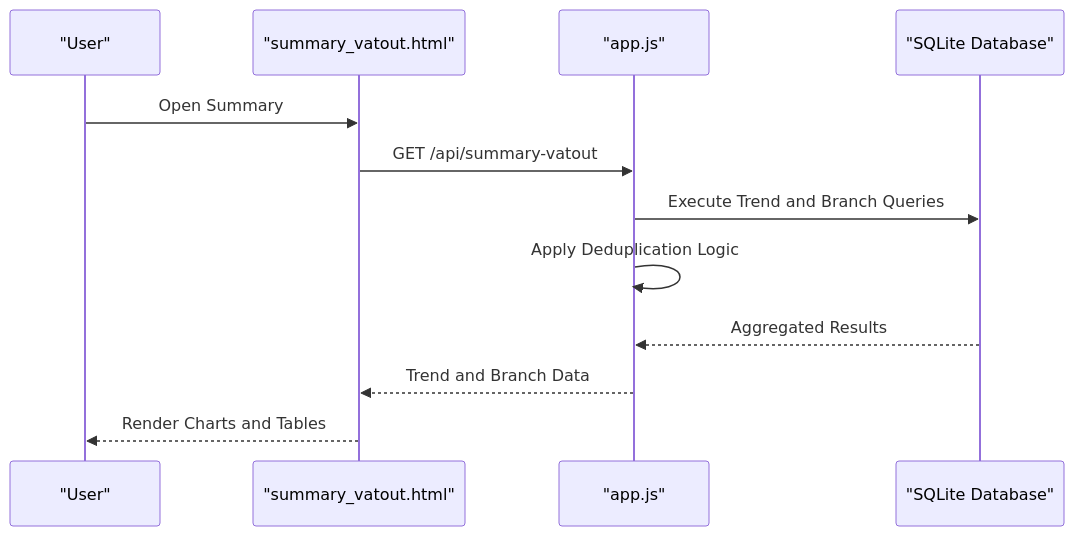
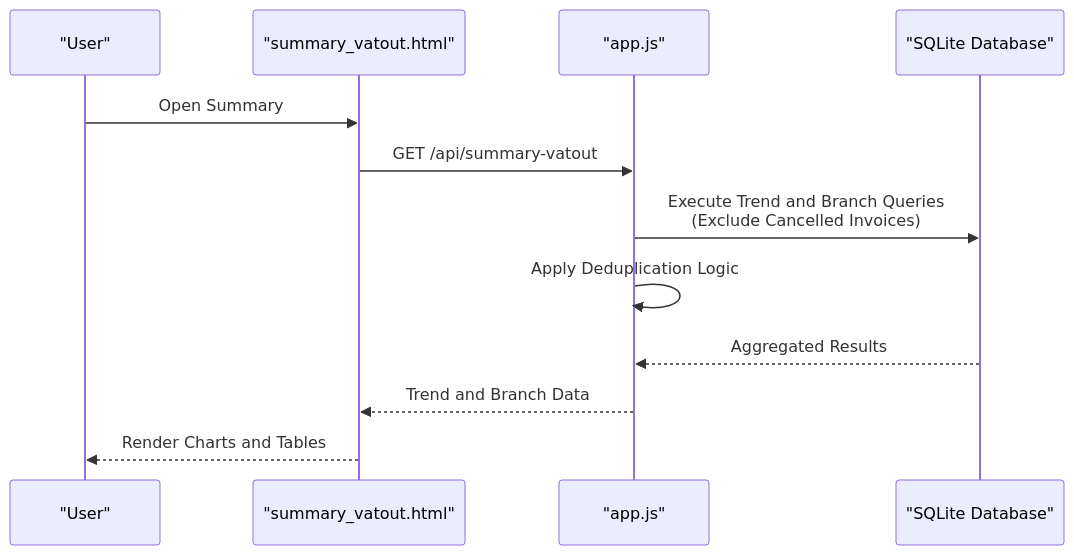
Before and after one commit to rendisiagian/TDS_by_RENDISIAGIAN: the ninth of 11 diagrams in .qoder/repowiki/en/content/VAT Management System/VAT Output (VAT OUT).md, drawn with Mermaid. The commit also changed other lines of this file and 38 other files, not shown here.

````diff
--- a/.qoder/repowiki/en/content/VAT Management System/VAT Output (VAT OUT).md
+++ b/.qoder/repowiki/en/content/VAT Management System/VAT Output (VAT OUT).md
@@ -349,14 +441,14 @@
 ```mermaid
 sequenceDiagram
 participant User as "User"
 participant UI as "summary_vatout.html"
 participant API as "app.js"
 participant DB as "SQLite Database"
 User->>UI : Open Summary
 UI->>API : GET /api/summary-vatout
-API->>DB : Execute Trend and Branch Queries
+API->>DB : Execute Trend and Branch Queries<br/>(Exclude Cancelled Invoices)
 API->>API : Apply Deduplication Logic
 DB-->>API : Aggregated Results
 API-->>UI : Trend and Branch Data
 UI-->>User : Render Charts and Tables
 ```
````
